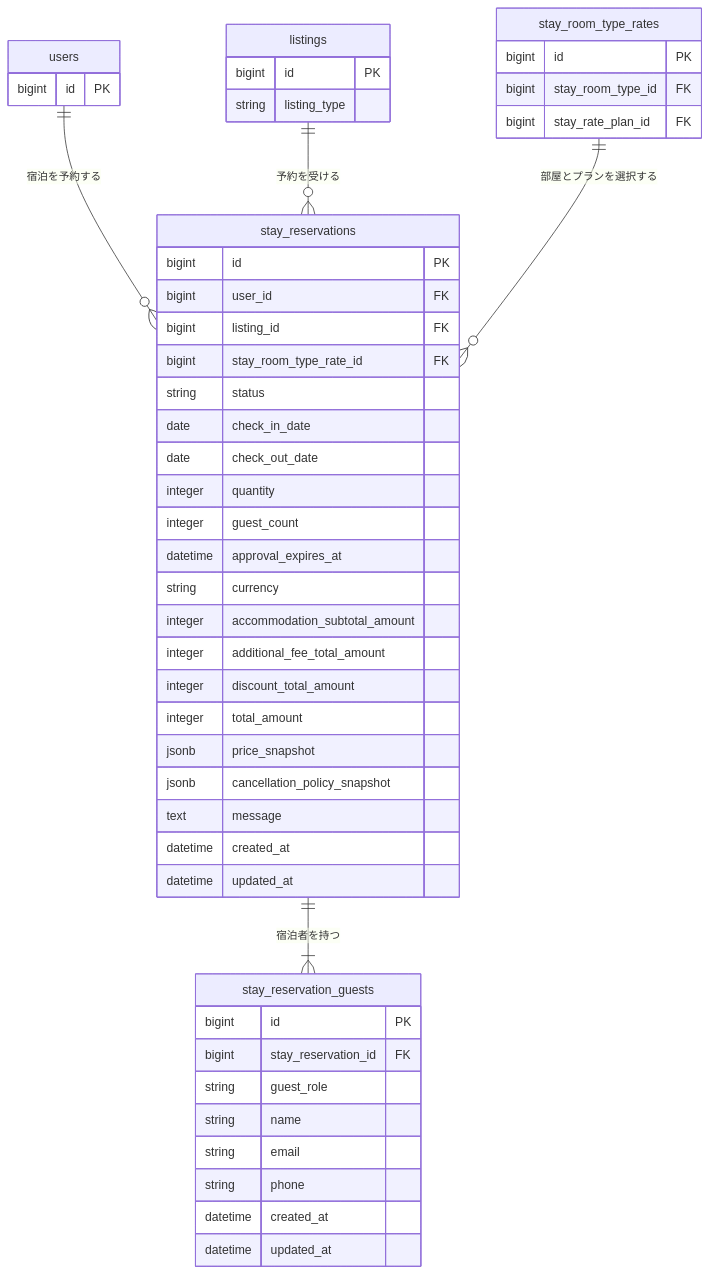
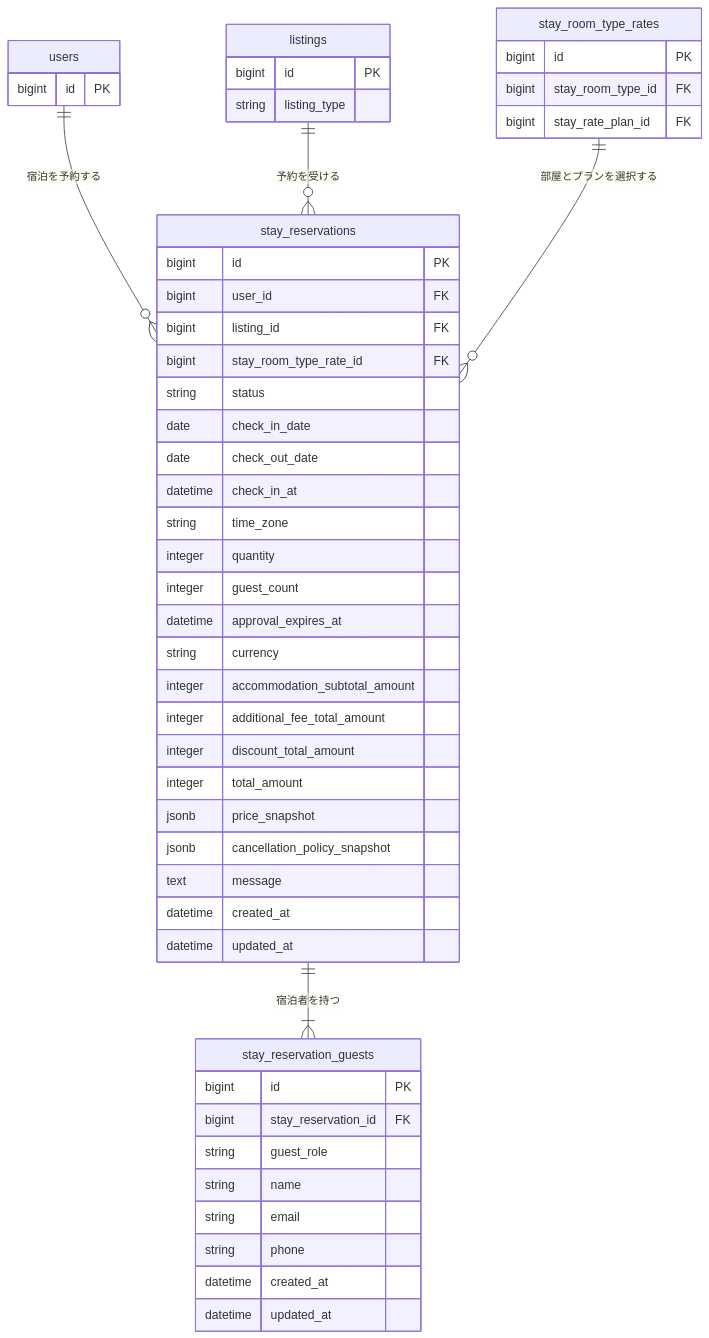
One commit to t0kio2/community-hub changed the second of 2 diagrams in docs/er/02-stay-reservation.md. Above: the diagram before and after it, drawn with Mermaid. The commit also changed other lines of this file and 6 other files, not shown here.

````diff
--- a/docs/er/02-stay-reservation.md
+++ b/docs/er/02-stay-reservation.md
@@ -25,56 +25,58 @@
 ```mermaid
 erDiagram
     users {
         bigint id PK
     }
 
     listings {
         bigint id PK
         string listing_type
     }
 
     stay_room_type_rates {
         bigint id PK
         bigint stay_room_type_id FK
         bigint stay_rate_plan_id FK
     }
 
     stay_reservations {
         bigint id PK
         bigint user_id FK
         bigint listing_id FK
         bigint stay_room_type_rate_id FK
         string status
         date check_in_date
         date check_out_date
+        datetime check_in_at
+        string time_zone
         integer quantity
         integer guest_count
         datetime approval_expires_at
         string currency
         integer accommodation_subtotal_amount
         integer additional_fee_total_amount
         integer discount_total_amount
         integer total_amount
         jsonb price_snapshot
         jsonb cancellation_policy_snapshot
         text message
         datetime created_at
         datetime updated_at
     }
 
     stay_reservation_guests {
         bigint id PK
         bigint stay_reservation_id FK
         string guest_role
         string name
         string email
         string phone
         datetime created_at
         datetime updated_at
     }
 
     users ||--o{ stay_reservations : "宿泊を予約する"
     listings ||--o{ stay_reservations : "予約を受ける"
     stay_room_type_rates ||--o{ stay_reservations : "部屋とプランを選択する"
     stay_reservations ||--|{ stay_reservation_guests : "宿泊者を持つ"
 ```
````
